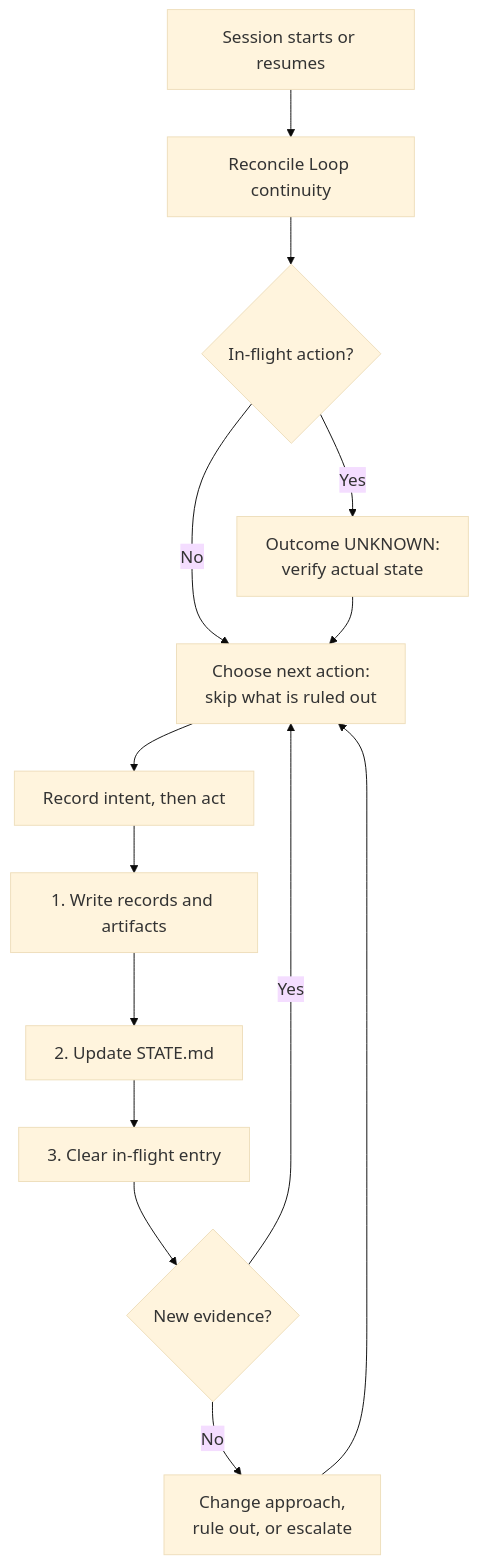
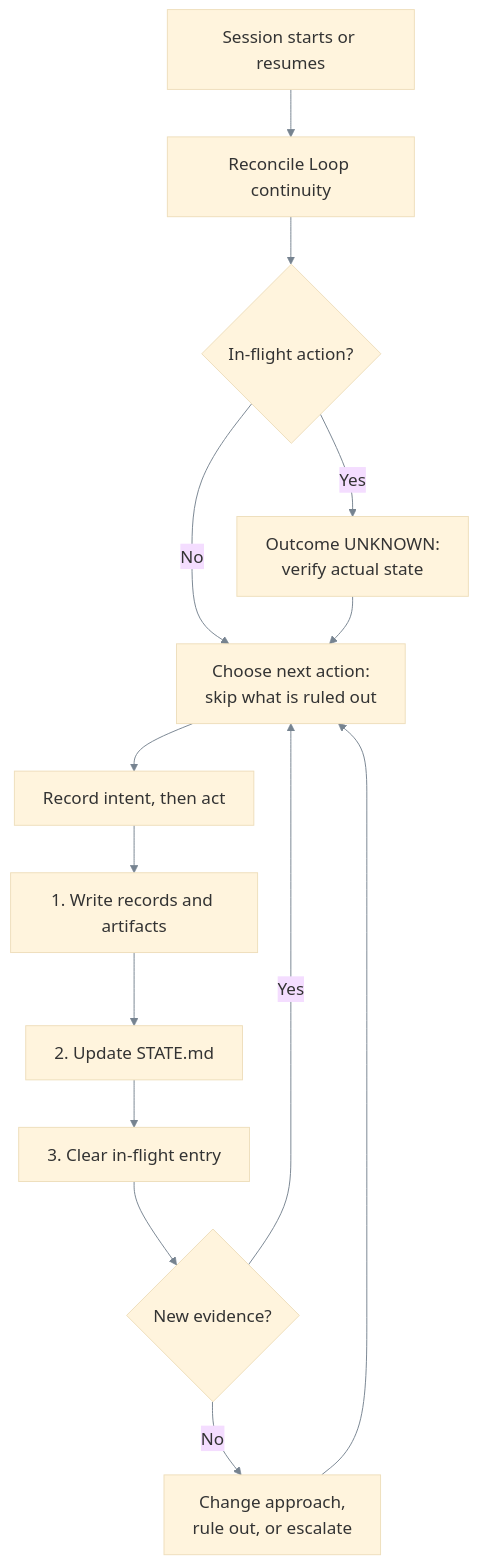
One commit to TungDoIt/agentic-engineering-template changed the second of 2 diagrams in README.md. Above: the diagram before and after it, drawn with Mermaid. The commit also changed other lines of this file and 1 other file, not shown here.

Commit message:
Make README diagram connection lines readable in dark mode
The diagrams set theme: 'base', whose default lineColor is #333333. That reads
at 12.63:1 on GitHub's light canvas but only 1.50:1 on dark #0d1117 and 1.19:1
on dark-dimmed #22272e, so the connection lines were effectively invisible to
dark-mode readers.

Sets an explicit lineColor of #768390, chosen by computing WCAG
relative-luminance contrast rather than by eye:

  light #ffffff        3.87:1
  dark #0d1117         4.88:1
  dark-dimmed #22272e  3.88:1
  base node fill       3.32:1   (where an edge crosses a node)

All clear the 3:1 threshold for non-text graphical elements. For comparison,
GitHub's own light-mode muted grey #57606a scores 2.96:1 on dark and 2.35:1 on
dark-dimmed, which is the single-mode trap this avoids.

Only the line colour changes. The theme, the node fills, and fontSize are all
untouched, so the blocks render exactly as before.

Claude-Session: https://claude.ai/code/session_017ZWv8asumk5836wNLviEo1

````diff
--- a/README.md
+++ b/README.md
@@ -163,17 +163,17 @@
 ```mermaid
-%%{init: {'theme': 'base', 'themeVariables': {'fontSize': '18px'}}}%%
+%%{init: {'theme': 'base', 'themeVariables': {'fontSize': '18px', 'lineColor': '#768390'}}}%%
 flowchart TD
     R[Session starts or resumes] --> RC[Reconcile Loop continuity]
     RC --> IF{In-flight action?}
     IF -->|Yes| VF[Outcome UNKNOWN:<br/>verify actual state]
     IF -->|No| CH[Choose next action:<br/>skip what is ruled out]
     VF --> CH
     CH --> WA[Record intent, then act]
     WA --> WR[1. Write records and artifacts]
     WR --> US[2. Update STATE.md]
     US --> CL[3. Clear in-flight entry]
     CL --> PG{New evidence?}
     PG -->|Yes| CH
     PG -->|No| ES[Change approach,<br/>rule out, or escalate]
     ES --> CH
 ```
````
